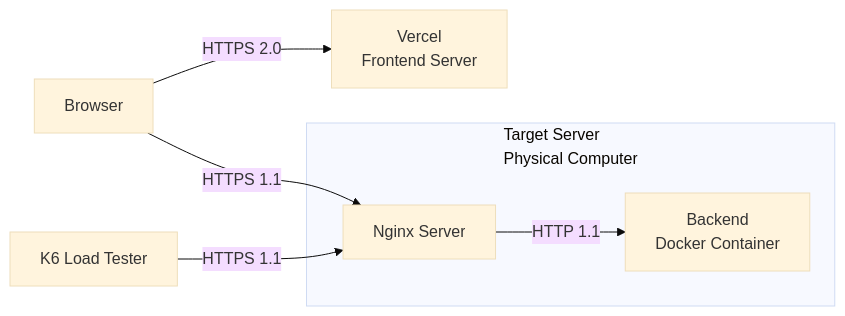
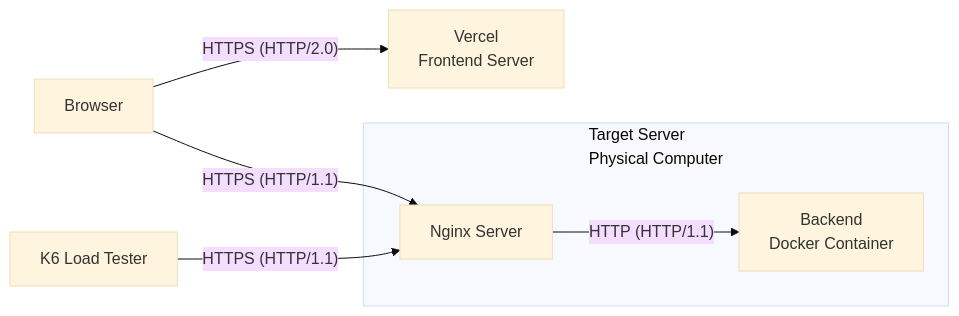
Before and after one commit to skykhs3/skykhs3.github.io: the second of 4 diagrams in _posts/2025-05-07-load-testing.md, drawn with Mermaid (base theme). The commit also changed other lines of this file, not shown here.

````diff
--- a/_posts/2025-05-07-load-testing.md
+++ b/_posts/2025-05-07-load-testing.md
@@ -160,10 +160,10 @@
 ```mermaid
 graph LR
-    Browser --> |HTTPS 2.0| Frontend[Vercel<br/>Frontend Server]
-    Browser --> |HTTPS 1.1| Nginx[Nginx Server]
-    K6[K6 Load Tester] --> |HTTPS 1.1| Nginx
+    Browser --> |"HTTPS (HTTP/2.0)"| Frontend[Vercel<br/>Frontend Server]
+    Browser --> |"HTTPS (HTTP/1.1)"| Nginx[Nginx Server]
+    K6[K6 Load Tester] --> |"HTTPS (HTTP/1.1)"| Nginx
     
     subgraph Target[Target Server<br/>Physical Computer]
-        Nginx --> |HTTP 1.1| Backend[Backend<br/>Docker Container]
+        Nginx --> |"HTTP (HTTP/1.1)"| Backend[Backend<br/>Docker Container]
     end
 ```
````
